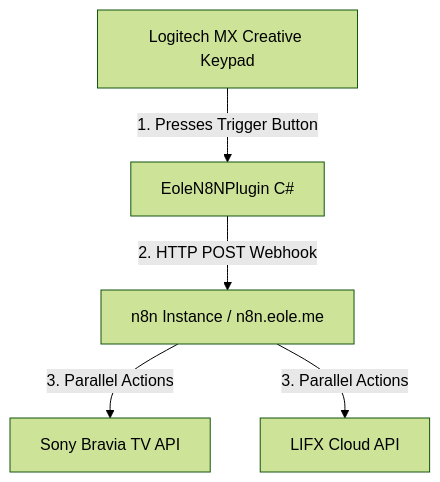
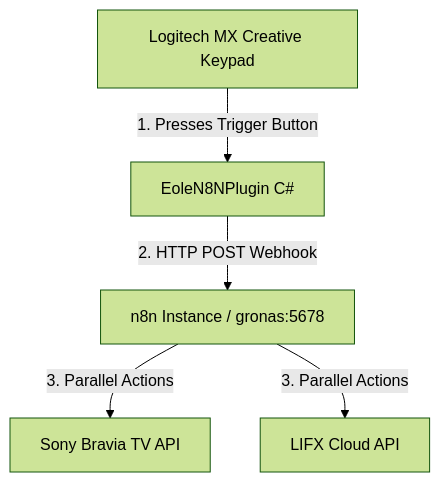
One commit to gnueole/papyconnect changed the diagram in README.md. Above: the diagram before and after it, drawn with Mermaid (forest theme). The commit also changed other lines of this file and 1 other file, not shown here.

````diff
--- a/README.md
+++ b/README.md
@@ -7,7 +7,7 @@
 ```mermaid
 graph TD
     A[Logitech MX Creative Keypad] -->|1. Presses Trigger Button| B[EoleN8NPlugin C#]
-    B -->|2. HTTP POST Webhook| C[n8n Instance / n8n.eole.me]
+    B -->|2. HTTP POST Webhook| C[n8n Instance / gronas:5678]
     C -->|3. Parallel Actions| D[Sony Bravia TV API]
     C -->|3. Parallel Actions| E[LIFX Cloud API]
 ```
````
